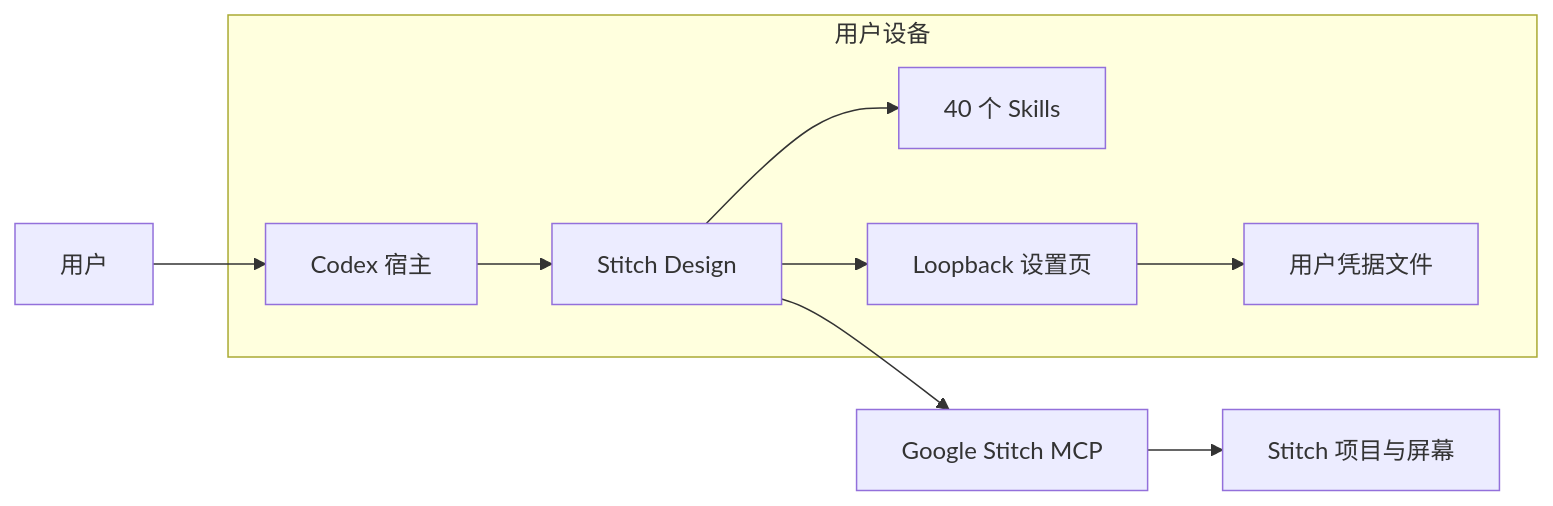
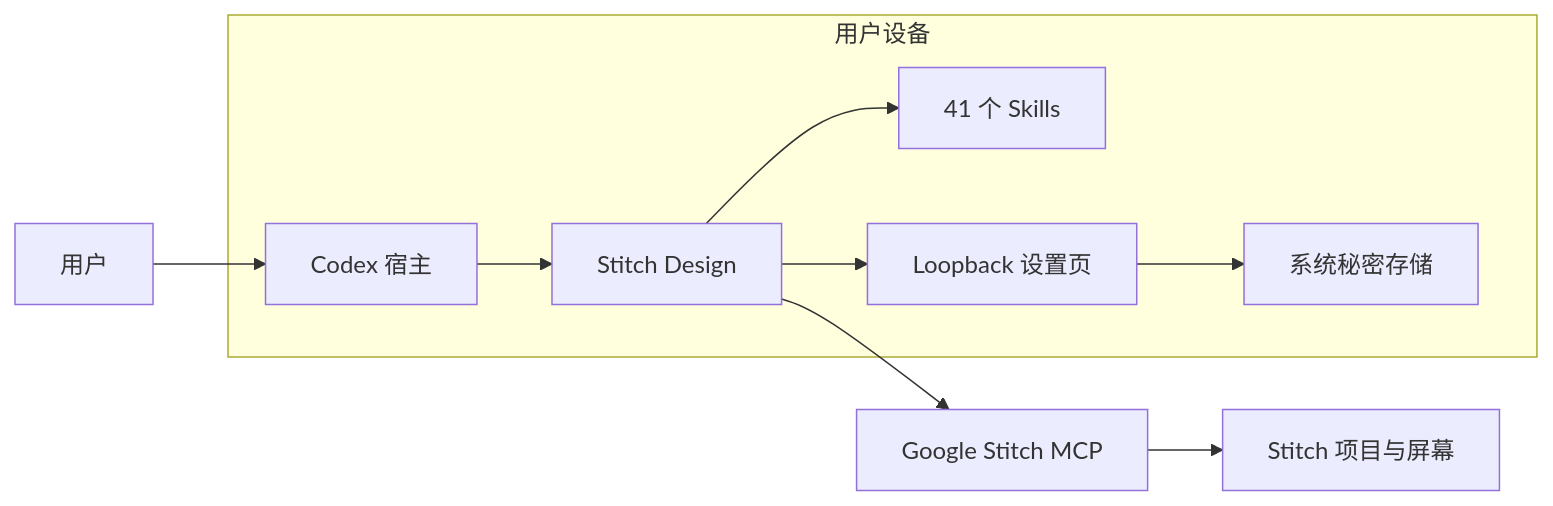
The second of 11 diagrams in docs/Stitch-Design-Architecture.zh_CN.md (full-stack-plugins/stitch-design-plugin), drawn with Mermaid before and after one commit. The commit also changed other lines of this file and 9 other files, not shown here.

````diff
--- a/docs/Stitch-Design-Architecture.zh_CN.md
+++ b/docs/Stitch-Design-Architecture.zh_CN.md
@@ -40,17 +41,17 @@
 ```mermaid
 flowchart LR
     User["用户"] --> Codex["Codex 宿主"]
     Codex --> Plugin["Stitch Design"]
-    Plugin --> Skills["40 个 Skills"]
+    Plugin --> Skills["41 个 Skills"]
     Plugin --> Setup["Loopback 设置页"]
     Plugin --> MCP["Google Stitch MCP"]
-    Setup --> Config["用户凭据文件"]
+    Setup --> Config["系统秘密存储"]
     MCP --> Stitch["Stitch 项目与屏幕"]
     subgraph Local["用户设备"]
       Codex
       Plugin
       Skills
       Setup
       Config
     end
 ```
````
